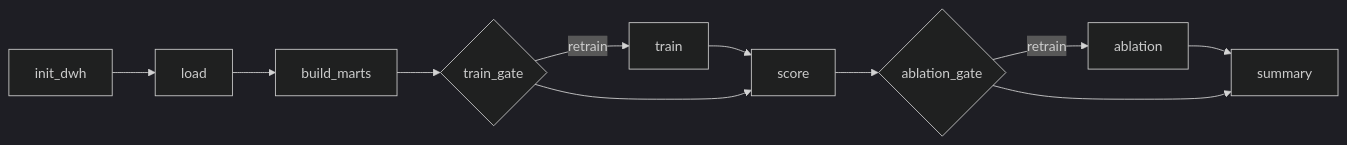
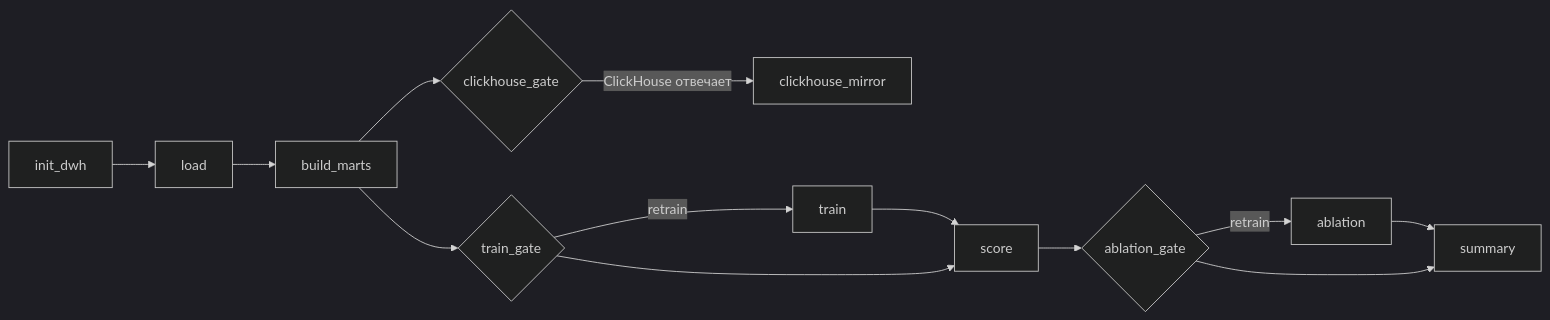
Before and after one commit to Antirry-1/ul-market: the second of 2 diagrams in README.md, drawn with Mermaid (dark theme). The commit also changed other lines of this file and 22 other files, not shown here.

````diff
--- a/README.md
+++ b/README.md
@@ -336,9 +336,10 @@
 ```mermaid
 flowchart LR
     I[init_dwh] --> L[load] --> B[build_marts] --> G{train_gate}
+    B --> CG{clickhouse_gate} -->|ClickHouse отвечает| CM[clickhouse_mirror]
     G -->|retrain| T[train] --> S[score]
     G --> S
     S --> A{ablation_gate}
     A -->|retrain| AB[ablation] --> SUM[summary]
     A --> SUM
 ```
````
